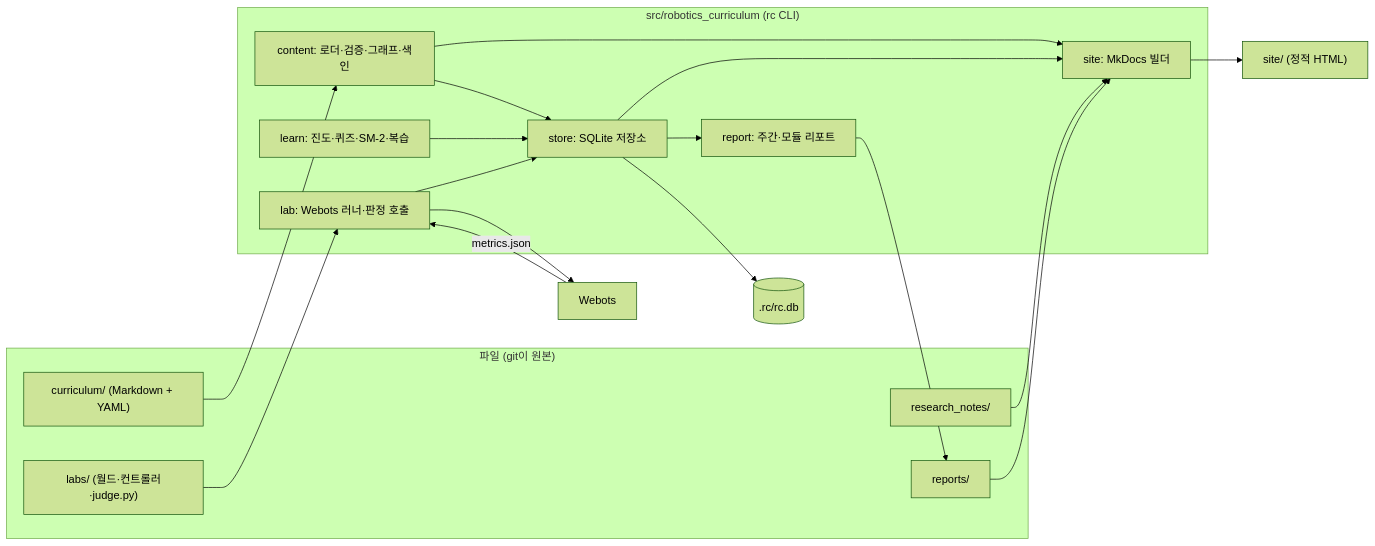
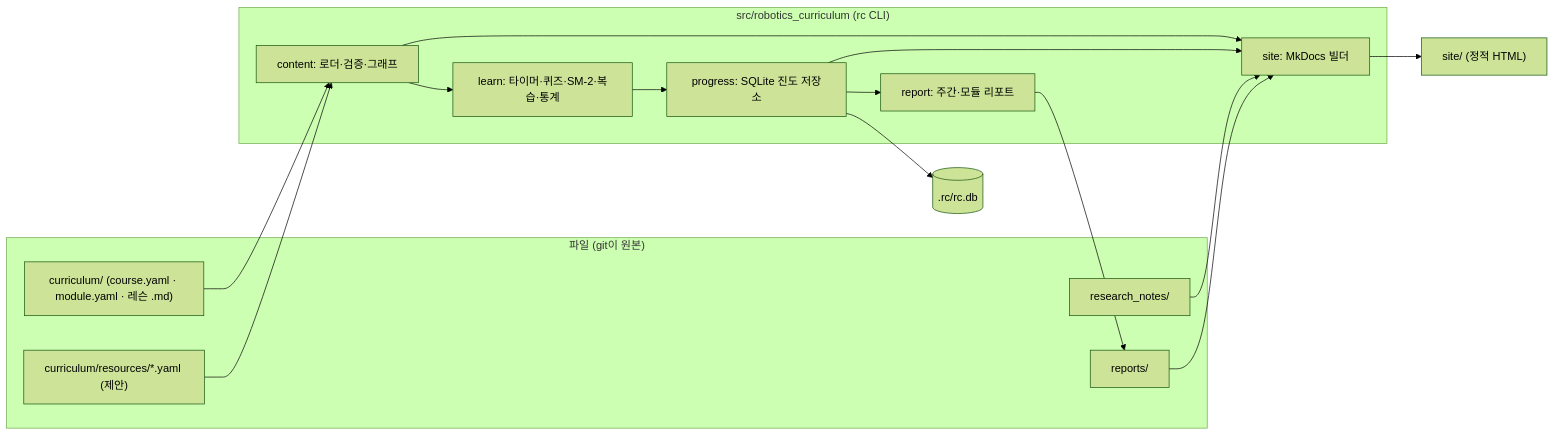
The first of 2 diagrams in docs/platform-design.md (Lee-Hyeong-Jin/devjinlab_robotics_curriculum), drawn with Mermaid (forest theme) before and after one commit. The commit also changed other lines of this file, not shown here.

Commit message:
docs: platform design v0.3 — single expert course, stages, study plans; drop simulator; align with CONTENT_MODEL and progress/

````diff
--- a/docs/platform-design.md
+++ b/docs/platform-design.md
@@ -28,34 +27,31 @@
 ```mermaid
 flowchart LR
   subgraph Files["파일 (git이 원본)"]
-    CUR["curriculum/ (Markdown + YAML)"]
-    LABS["labs/ (월드·컨트롤러·judge.py)"]
+    CUR["curriculum/ (course.yaml · module.yaml · 레슨 .md)"]
+    RES["curriculum/resources/*.yaml (제안)"]
     RN["research_notes/"]
     REP["reports/"]
   end
 
   subgraph PKG["src/robotics_curriculum (rc CLI)"]
-    CONTENT["content: 로더·검증·그래프·색인"]
-    STORE["store: SQLite 저장소"]
-    LEARN["learn: 진도·퀴즈·SM-2·복습"]
-    LAB["lab: Webots 러너·판정 호출"]
+    CONTENT["content: 로더·검증·그래프"]
+    PROGRESS["progress: SQLite 진도 저장소"]
+    LEARN["learn: 타이머·퀴즈·SM-2·복습·통계"]
     REPORT["report: 주간·모듈 리포트"]
     SITE["site: MkDocs 빌더"]
   end
 
   DB[(".rc/rc.db")]
-  WEBOTS["Webots"]
   SITEOUT["site/ (정적 HTML)"]
 
   CUR --> CONTENT
-  CONTENT --> STORE --> DB
-  LEARN --> STORE
-  LAB --> WEBOTS -- metrics.json --> LAB --> STORE
-  LABS --> LAB
-  STORE --> REPORT --> REP
+  RES --> CONTENT
+  CONTENT --> LEARN
+  LEARN --> PROGRESS --> DB
+  PROGRESS --> REPORT --> REP
   CONTENT --> SITE
-  STORE --> SITE
+  PROGRESS --> SITE
   RN --> SITE
   REP --> SITE
   SITE --> SITEOUT
 ```
````
